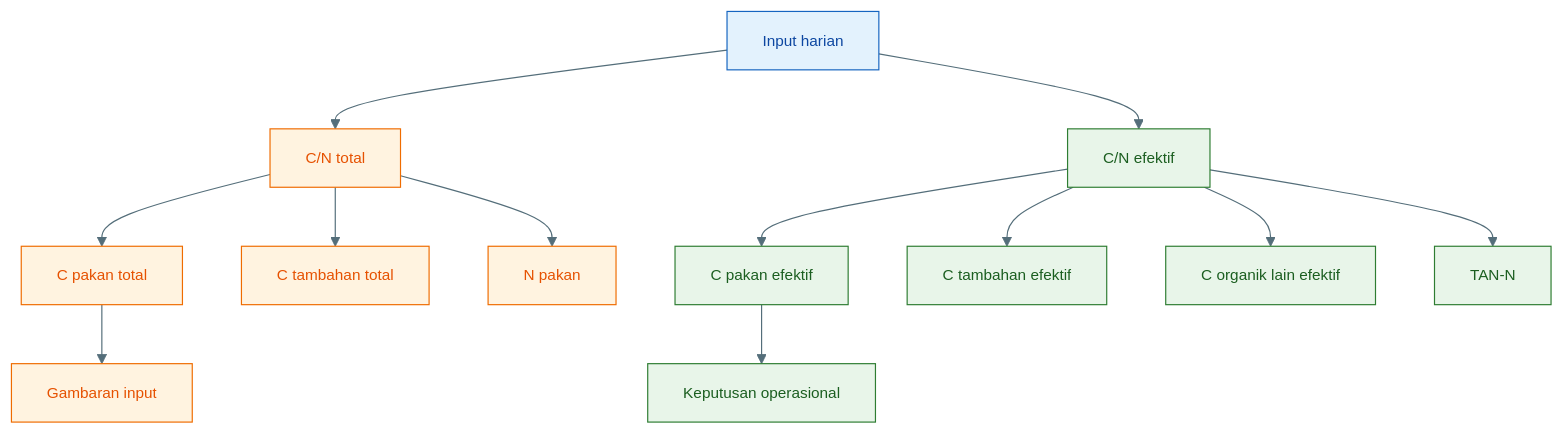
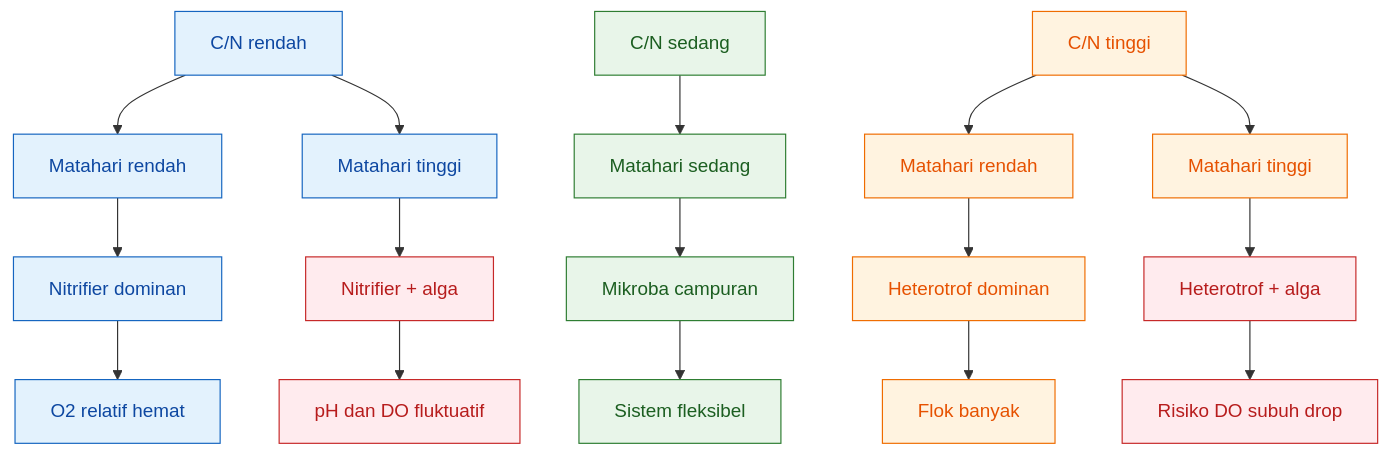
The fourth of 22 diagrams in content/blog/agri/perikanan/ratio-cn-rendah-biflok.mdx (slametsampon/kawruhnology), drawn with Mermaid before and after one commit. The commit also changed other lines of this file, not shown here.

Commit message:
update ratio-cn-rendah

````diff
--- a/content/blog/agri/perikanan/ratio-cn-rendah-biflok.mdx
+++ b/content/blog/agri/perikanan/ratio-cn-rendah-biflok.mdx
@@ -819,38 +749,33 @@
-```mermaid id="cn-total-vs-cn-efektif"
-%%{init: {'theme':'base','themeVariables':{
-'primaryColor':'#E3F2FD',
-'primaryTextColor':'#0D47A1',
-'primaryBorderColor':'#1565C0',
-'secondaryColor':'#E8F5E9',
-'secondaryTextColor':'#1B5E20',
-'secondaryBorderColor':'#2E7D32',
-'tertiaryColor':'#FFF3E0',
-'tertiaryTextColor':'#E65100',
-'tertiaryBorderColor':'#EF6C00',
-'lineColor':'#546E7A',
-'fontSize':'13px'
-}}}%%
+```mermaid
 flowchart TD
-    A["Input harian"] --> B["C/N total"]
-    A --> C["C/N efektif"]
+    A["C/N rendah"] --> B["Matahari rendah"]
+    A --> C["Matahari tinggi"]
 
-    B --> D["C pakan total"]
-    B --> E["C tambahan total"]
-    B --> F["N pakan"]
+    D["C/N sedang"] --> E["Matahari sedang"]
 
-    C --> G["C pakan efektif"]
-    C --> H["C tambahan efektif"]
-    C --> I["C organik lain efektif"]
-    C --> J["TAN-N"]
+    F["C/N tinggi"] --> G["Matahari rendah"]
+    F --> H["Matahari tinggi"]
 
-    D --> K["Gambaran input"]
-    G --> L["Keputusan operasional"]
+    B --> I["Nitrifier dominan"]
+    C --> J["Nitrifier + alga"]
+    E --> K["Mikroba campuran"]
+    G --> L["Heterotrof dominan"]
+    H --> M["Heterotrof + alga"]
 
-    classDef root fill:#E3F2FD,stroke:#1565C0,color:#0D47A1;
-    classDef total fill:#FFF3E0,stroke:#EF6C00,color:#E65100;
-    classDef efektif fill:#E8F5E9,stroke:#2E7D32,color:#1B5E20;
+    I --> N["O2 relatif hemat"]
+    J --> O["pH dan DO fluktuatif"]
+    K --> P["Sistem fleksibel"]
+    L --> Q["Flok banyak"]
+    M --> R["Risiko DO subuh drop"]
 
-    class A root;
-    class B,D,E,F,K total;
-    class C,G,H,I,J,L efektif;
+    classDef low fill:#e3f2fd,stroke:#1565c0,color:#0d47a1;
+    classDef mid fill:#e8f5e9,stroke:#2e7d32,color:#1b5e20;
+    classDef high fill:#fff3e0,stroke:#ef6c00,color:#e65100;
+    classDef risk fill:#ffebee,stroke:#c62828,color:#b71c1c;
+    classDef good fill:#e0f2f1,stroke:#00695c,color:#004d40;
+
+    class A,B,C,I,N low;
+    class D,E,K,P mid;
+    class F,G,H,L,Q high;
+    class J,O,M,R risk;
 ```
````
